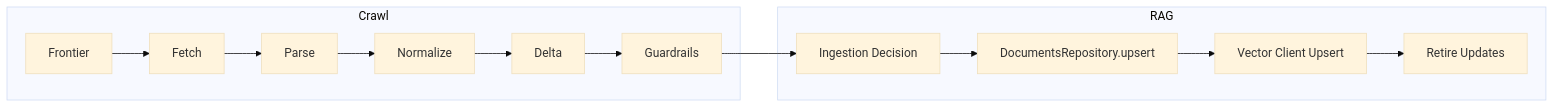
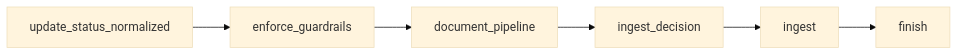
The second of 2 diagrams in docs/rag/ingestion.md (fraven01/NOESIS-2), drawn with Mermaid (base theme) before and after one commit. The commit also changed other lines of this file, not shown here.

Commit message:
Dokumentation der Crawler-Ingestion aktualisiert

````diff
--- a/docs/rag/ingestion.md
+++ b/docs/rag/ingestion.md
@@ -35,19 +35,11 @@
 ```mermaid
 flowchart LR
-    subgraph Crawl
-        F[Frontier]
-        FE[Fetch]
-        P[Parse]
-        N[Normalize]
-        D[Delta]
-        G[Guardrails]
-    end
-    subgraph RAG
-        I[Ingestion Decision]
-        DS[DocumentsRepository.upsert]
-        VC[Vector Client Upsert]
-        R[Retire Updates]
-    end
-    F --> FE --> P --> N --> D --> G --> I
-    I --> DS --> VC --> R
+    USN[update_status_normalized]
+    EG[enforce_guardrails]
+    DP[document_pipeline]
+    ID[ingest_decision]
+    ING[ingest]
+    FIN[finish]
+
+    USN --> EG --> DP --> ID --> ING --> FIN
 ```
````
